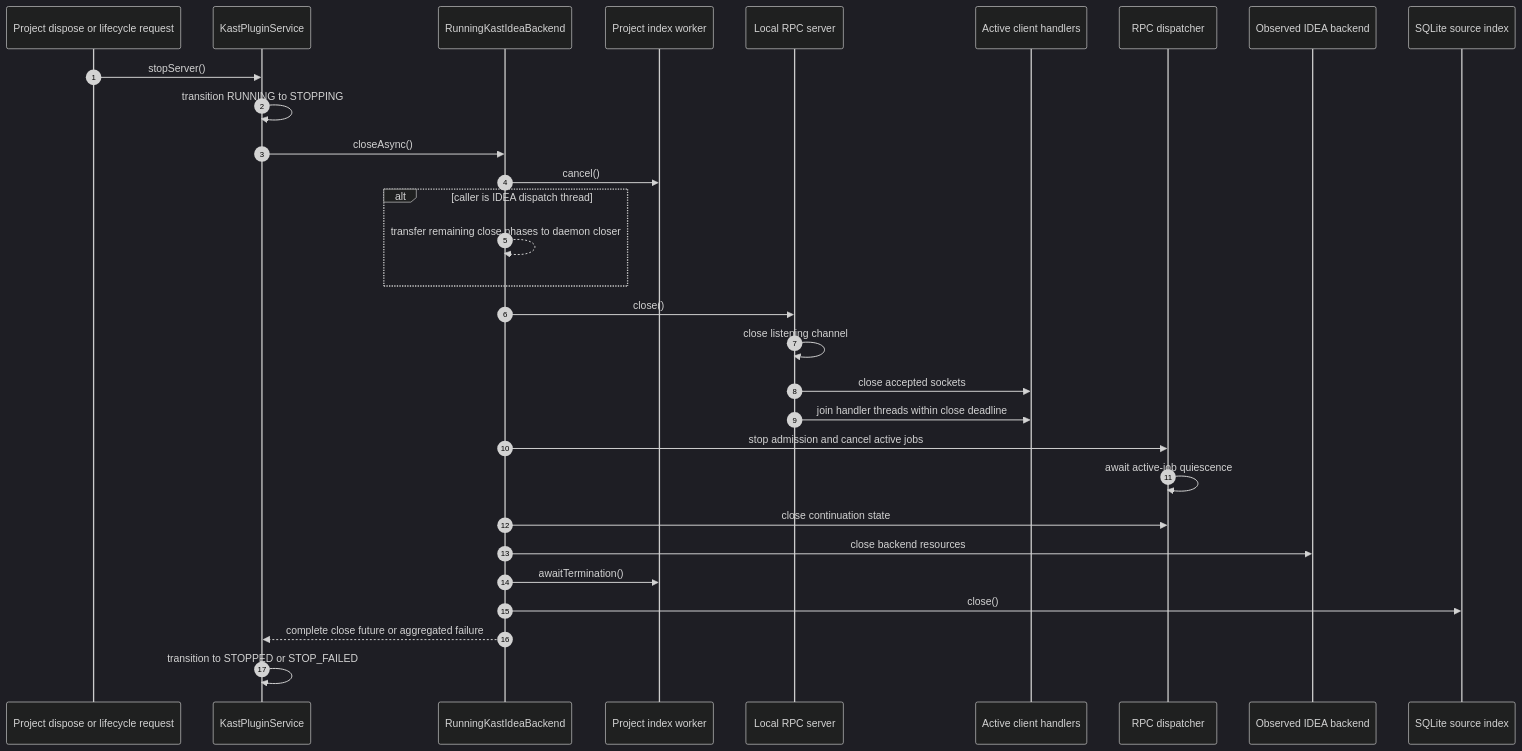
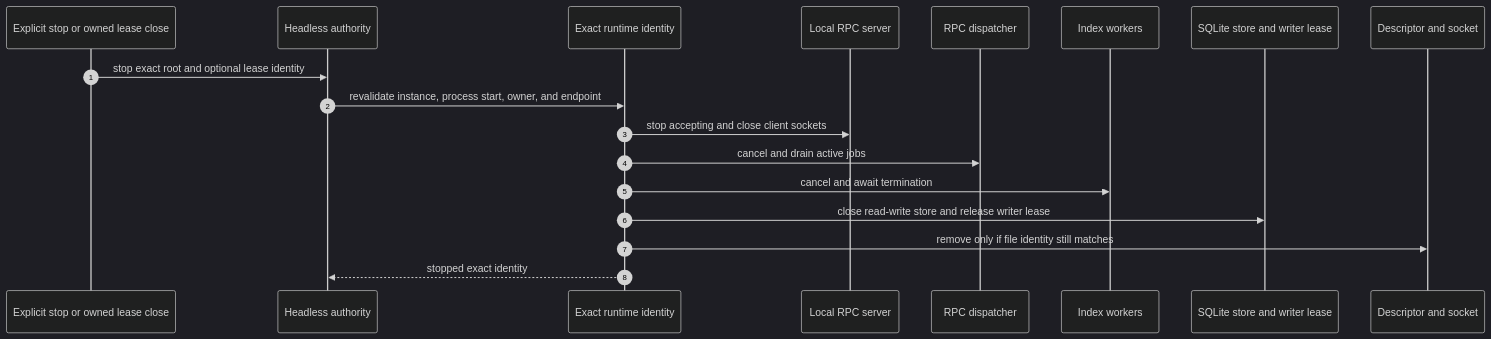
One commit to amichne/kast changed the diagram in docs/internal/idea-integration/flows/shutdown.md. Above: the diagram before and after it, drawn with Mermaid (dark theme). The commit also changed other lines of this file and 352 other files, not shown here.

First line of the commit message:
feat: make headless runtime the sole semantic authority

````diff
--- a/docs/internal/idea-integration/flows/shutdown.md
+++ b/docs/internal/idea-integration/flows/shutdown.md
@@ -29,33 +21,21 @@
 ```mermaid
 sequenceDiagram
     autonumber
-    participant Trigger as Project dispose or lifecycle request
-    participant Service as KastPluginService
-    participant Running as RunningKastIdeaBackend
-    participant Index as Project index worker
+    participant Demand as Explicit stop or owned lease close
+    participant Authority as Headless authority
+    participant Runtime as Exact runtime identity
     participant Transport as Local RPC server
-    participant Client as Active client handlers
     participant Dispatcher as RPC dispatcher
-    participant Backend as Observed IDEA backend
-    participant Store as SQLite source index
+    participant Worker as Index workers
+    participant Store as SQLite store and writer lease
+    participant Endpoint as Descriptor and socket
 
-    Trigger->>Service: stopServer()
-    Service->>Service: transition RUNNING to STOPPING
-    Service->>Running: closeAsync()
-    Running->>Index: cancel()
-    alt caller is IDEA dispatch thread
-        Running-->>Running: transfer remaining close phases to daemon closer
-    end
-    Running->>Transport: close()
-    Transport->>Transport: close listening channel
-    Transport->>Client: close accepted sockets
-    Transport->>Client: join handler threads within close deadline
-    Running->>Dispatcher: stop admission and cancel active jobs
-    Dispatcher->>Dispatcher: await active-job quiescence
-    Running->>Dispatcher: close continuation state
-    Running->>Backend: close backend resources
-    Running->>Index: awaitTermination()
-    Running->>Store: close()
-    Running-->>Service: complete close future or aggregated failure
-    Service->>Service: transition to STOPPED or STOP_FAILED
+    Demand->>Authority: stop exact root and optional lease identity
+    Authority->>Runtime: revalidate instance, process start, owner, and endpoint
+    Runtime->>Transport: stop accepting and close client sockets
+    Runtime->>Dispatcher: cancel and drain active jobs
+    Runtime->>Worker: cancel and await termination
+    Runtime->>Store: close read-write store and release writer lease
+    Runtime->>Endpoint: remove only if file identity still matches
+    Runtime-->>Authority: stopped exact identity
 ```
````
